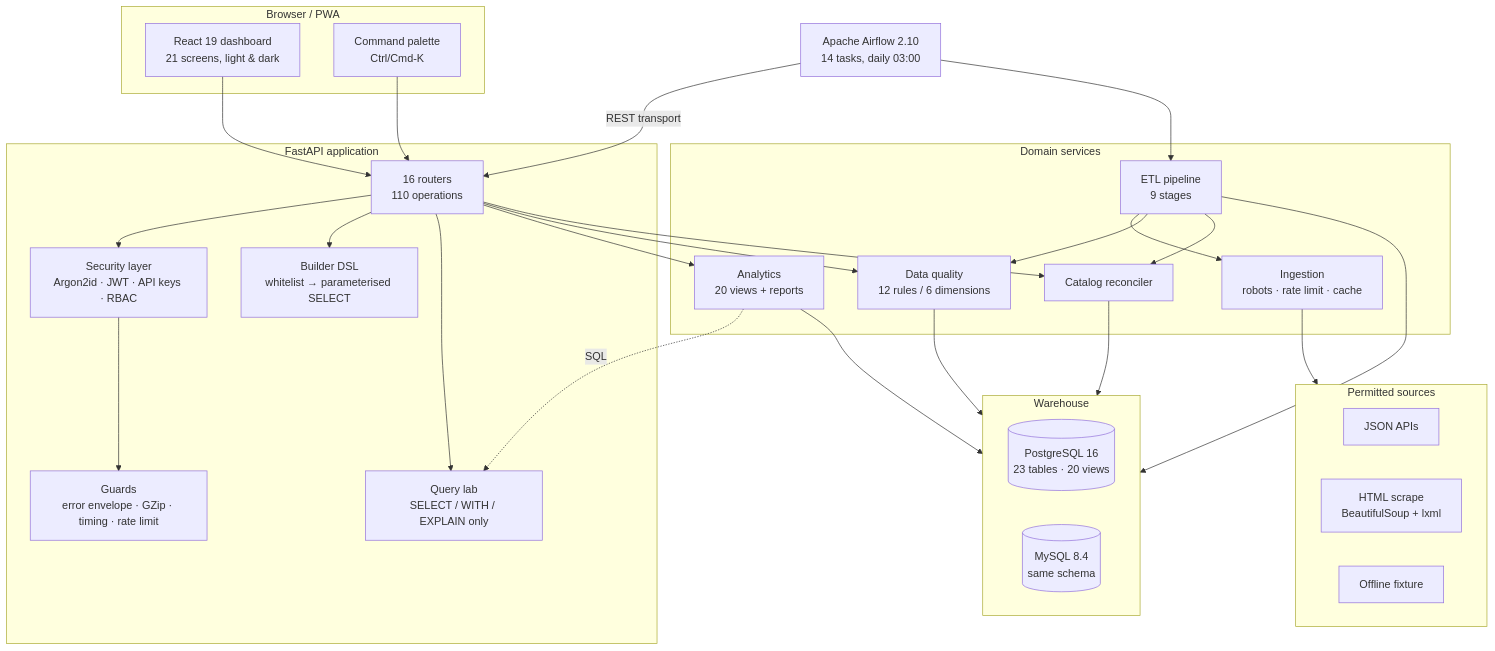
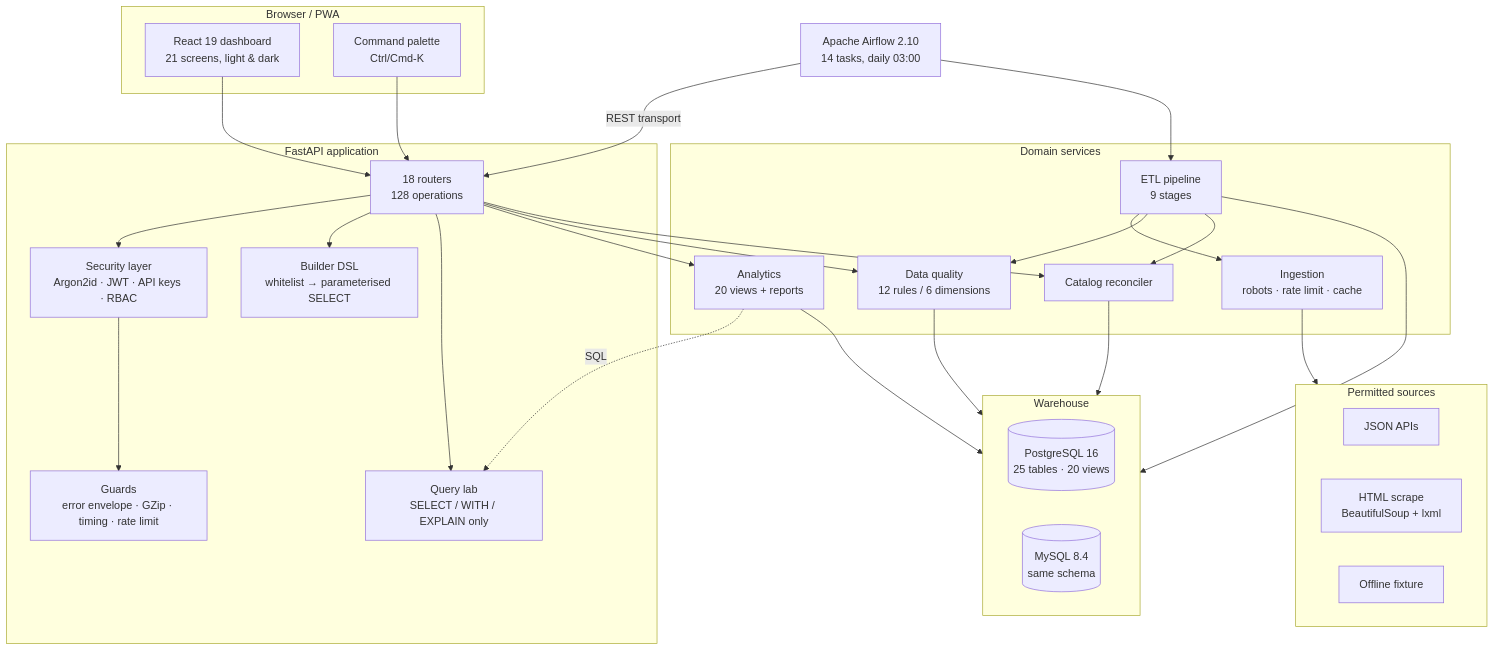
Diagram 12 of 14 in README.md (Ahmedbakr78/Web-to-Warehouse-Product-Intelligence-Pipeline), drawn with Mermaid before and after one commit. The commit also changed other lines of this file and 5 other files, not shown here.

````diff
--- a/README.md
+++ b/README.md
@@ -768,50 +768,50 @@
 ```mermaid
 graph TB
     subgraph Client["Browser / PWA"]
         DASH["React 19 dashboard<br/>21 screens, light & dark"]
         PAL["Command palette<br/>Ctrl/Cmd-K"]
     end
     subgraph Edge["FastAPI application"]
-        ROUTES["16 routers<br/>110 operations"]
+        ROUTES["18 routers<br/>128 operations"]
         AUTH["Security layer<br/>Argon2id · JWT · API keys · RBAC"]
         GUARD["Guards<br/>error envelope · GZip · timing · rate limit"]
         BUILDER["Builder DSL<br/>whitelist → parameterised SELECT"]
         QLAB["Query lab<br/>SELECT / WITH / EXPLAIN only"]
     end
     subgraph Domain["Domain services"]
         ING["Ingestion<br/>robots · rate limit · cache"]
         ETL["ETL pipeline<br/>9 stages"]
         DQ["Data quality<br/>12 rules / 6 dimensions"]
         AN["Analytics<br/>20 views + reports"]
         REC["Catalog reconciler"]
     end
     subgraph Store["Warehouse"]
-        PG[("PostgreSQL 16<br/>23 tables · 20 views")]
+        PG[("PostgreSQL 16<br/>25 tables · 20 views")]
         MY[("MySQL 8.4<br/>same schema")]
     end
     subgraph Sources["Permitted sources"]
         S1["JSON APIs"]
         S2["HTML scrape<br/>BeautifulSoup + lxml"]
         S3["Offline fixture"]
     end
     AF["Apache Airflow 2.10<br/>14 tasks, daily 03:00"]
 
     DASH --> ROUTES
     PAL --> ROUTES
     ROUTES --> AUTH --> GUARD
     ROUTES --> BUILDER
     ROUTES --> QLAB
     ROUTES --> AN
     ROUTES --> DQ
     ROUTES --> REC
     ETL --> ING --> Sources
     ETL --> DQ
     ETL --> REC
     ETL --> Store
     AN --> Store
     DQ --> Store
     REC --> Store
     AN -.SQL.-> QLAB
     AF -->|"REST transport"| ROUTES
     AF --> ETL
 ```
````
